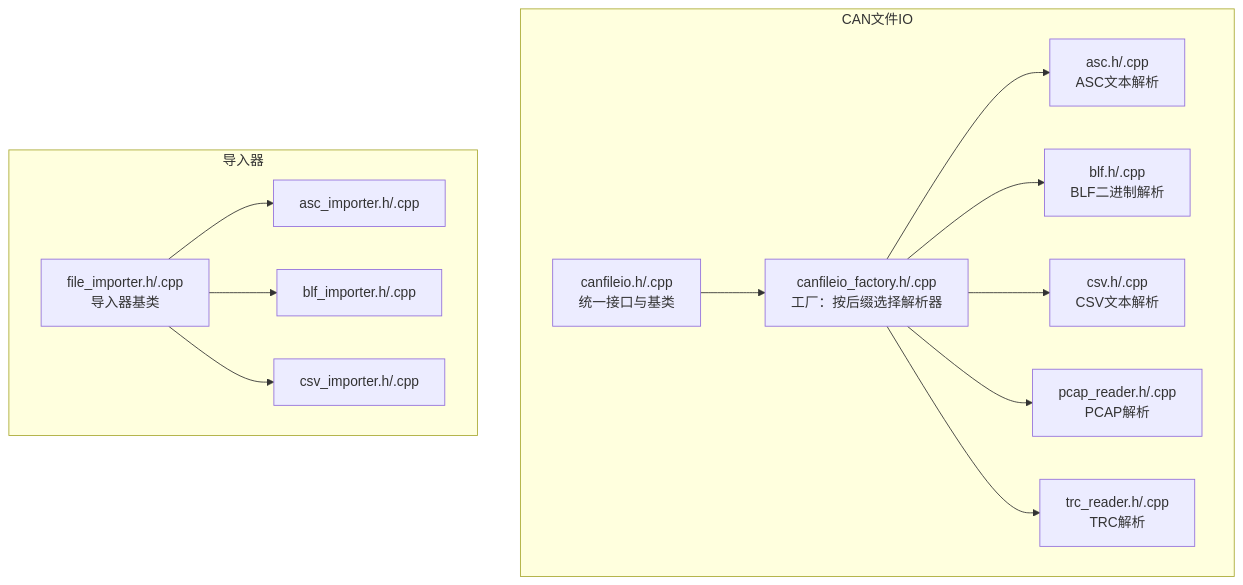
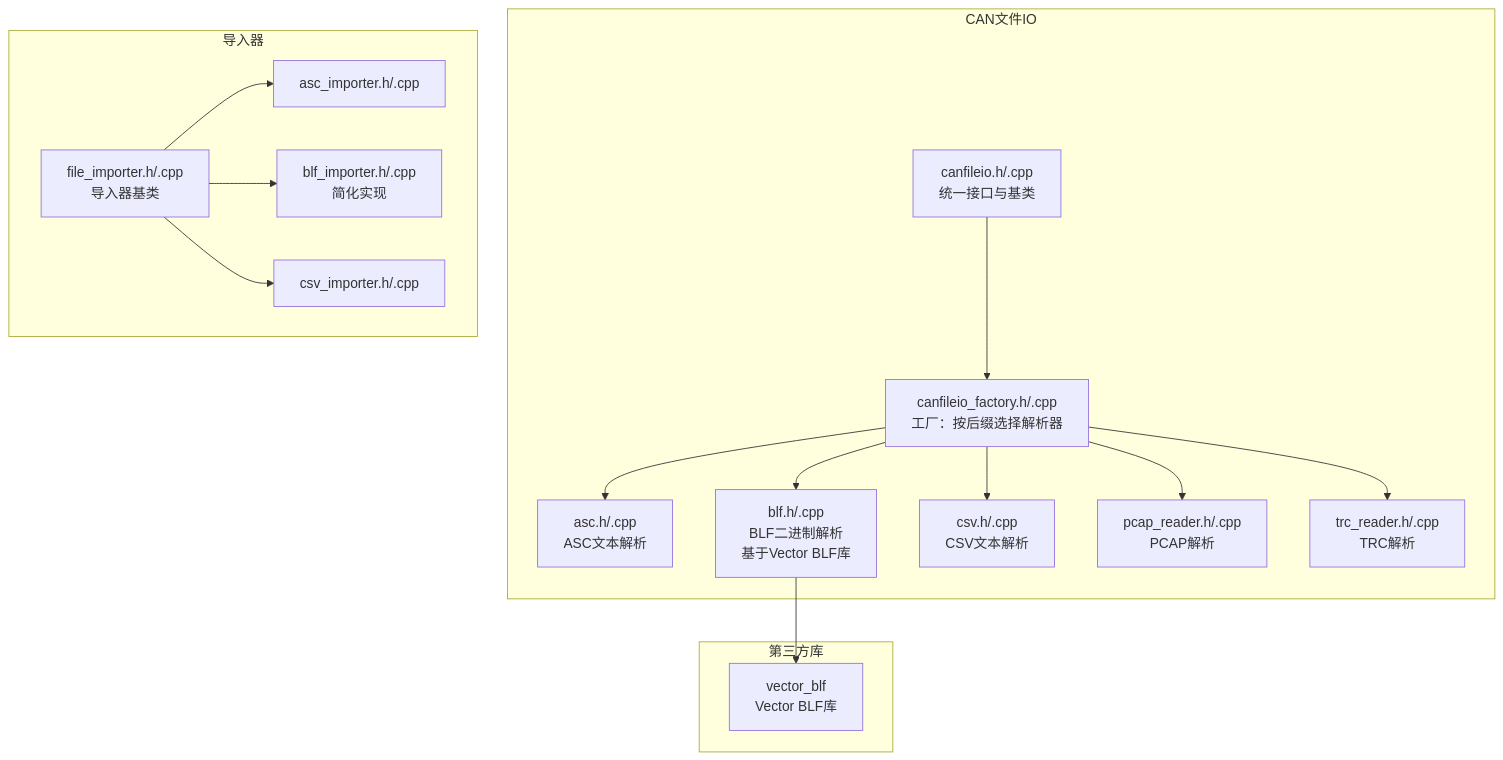
The first of 11 diagrams in .qoder/repowiki/zh/content/核心模块详解/CAN文件IO系统.md (jakecai1225-design/OpenBus), drawn with Mermaid before and after one commit. The commit also changed other lines of this file and 38 other files, not shown here.

````diff
--- a/.qoder/repowiki/zh/content/核心模块详解/CAN文件IO系统.md
+++ b/.qoder/repowiki/zh/content/核心模块详解/CAN文件IO系统.md
@@ -48,27 +58,31 @@
 ```mermaid
 graph TB
 subgraph "CAN文件IO"
 A["canfileio.h/.cpp<br/>统一接口与基类"]
 B["canfileio_factory.h/.cpp<br/>工厂：按后缀选择解析器"]
 C["asc.h/.cpp<br/>ASC文本解析"]
-D["blf.h/.cpp<br/>BLF二进制解析"]
+D["blf.h/.cpp<br/>BLF二进制解析<br/>基于Vector BLF库"]
 E["csv.h/.cpp<br/>CSV文本解析"]
 F["pcap_reader.h/.cpp<br/>PCAP解析"]
 G["trc_reader.h/.cpp<br/>TRC解析"]
 end
 subgraph "导入器"
 H["file_importer.h/.cpp<br/>导入器基类"]
 I["asc_importer.h/.cpp"]
-J["blf_importer.h/.cpp"]
+J["blf_importer.h/.cpp<br/>简化实现"]
 K["csv_importer.h/.cpp"]
+end
+subgraph "第三方库"
+L["vector_blf<br/>Vector BLF库"]
 end
 A --> B
 B --> C
 B --> D
 B --> E
 B --> F
 B --> G
 H --> I
 H --> J
 H --> K
+D --> L
 ```
````
